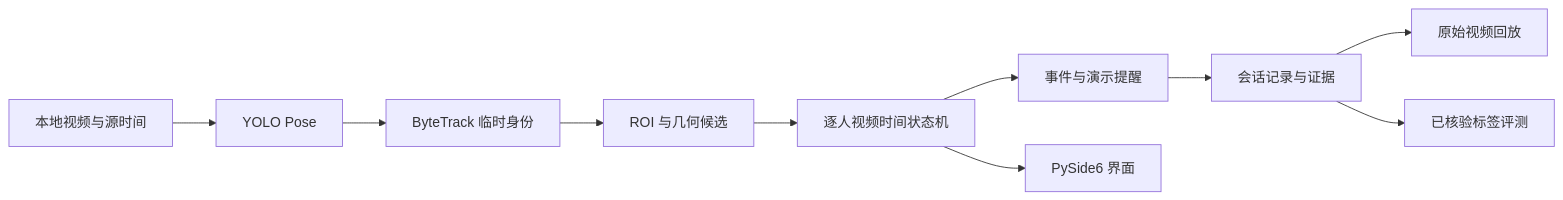
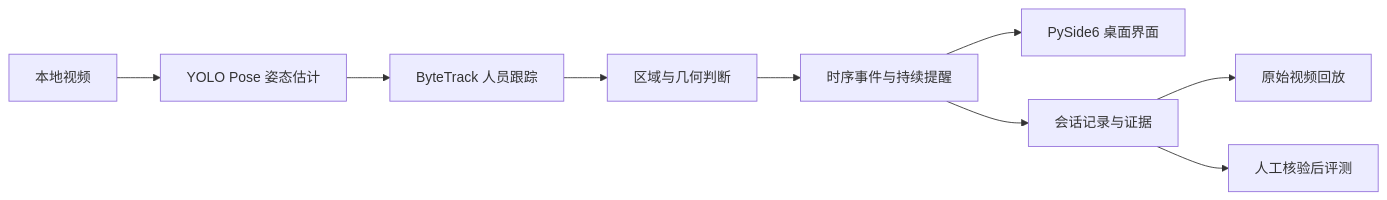
Before and after one commit to Bkp-126/Warehouse_Shelf_Posture_Recognition: the diagram in README.md, drawn with Mermaid. The commit also changed other lines of this file and 5 other files, not shown here.

````diff
--- a/README.md
+++ b/README.md
@@ -81,12 +105,11 @@
 ```mermaid
 flowchart LR
-  V[本地视频与源时间] --> P[YOLO Pose]
-  P --> T[ByteTrack 临时身份]
-  T --> R[ROI 与几何候选]
-  R --> S[逐人视频时间状态机]
-  S --> E[事件与演示提醒]
-  E --> F[会话记录与证据]
-  S --> UI[PySide6 界面]
+  V[本地视频] --> P[YOLO Pose 姿态估计]
+  P --> T[ByteTrack 人员跟踪]
+  T --> R[区域与几何判断]
+  R --> S[时序事件与持续提醒]
+  S --> UI[PySide6 桌面界面]
+  S --> F[会话记录与证据]
   F --> Q[原始视频回放]
-  F --> M[已核验标签评测]
+  F --> M[人工核验后评测]
 ```
````
